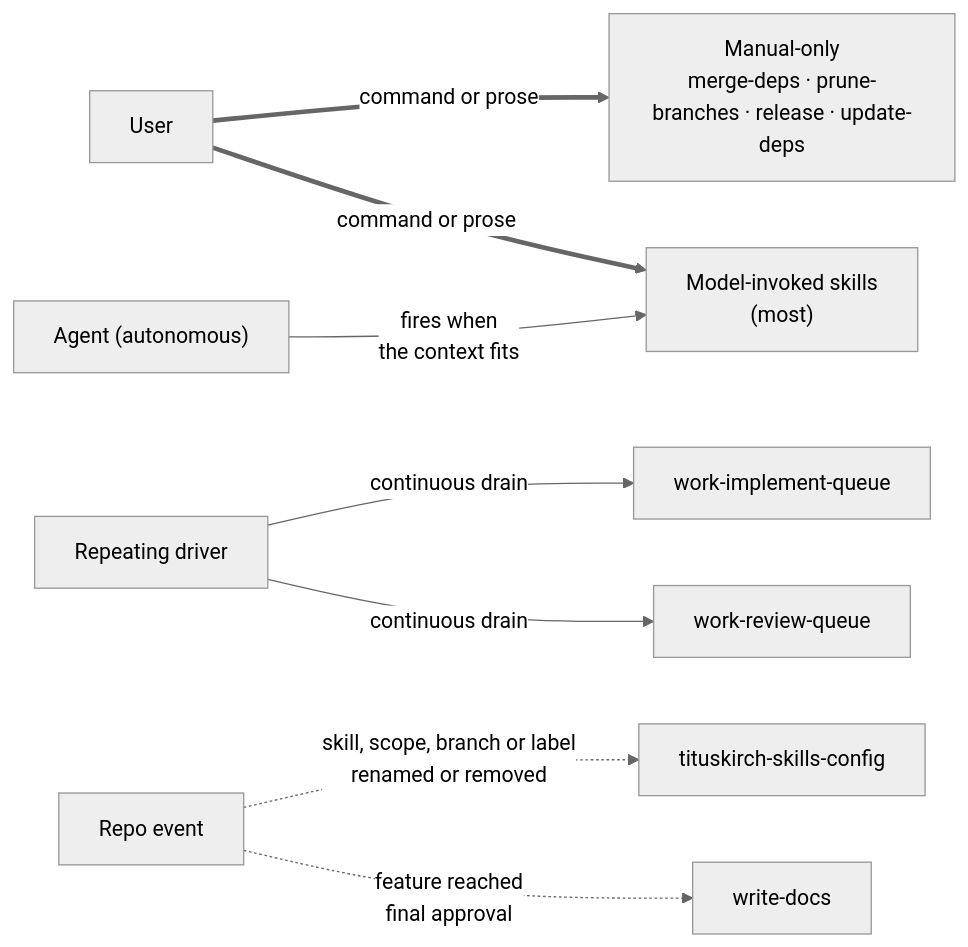
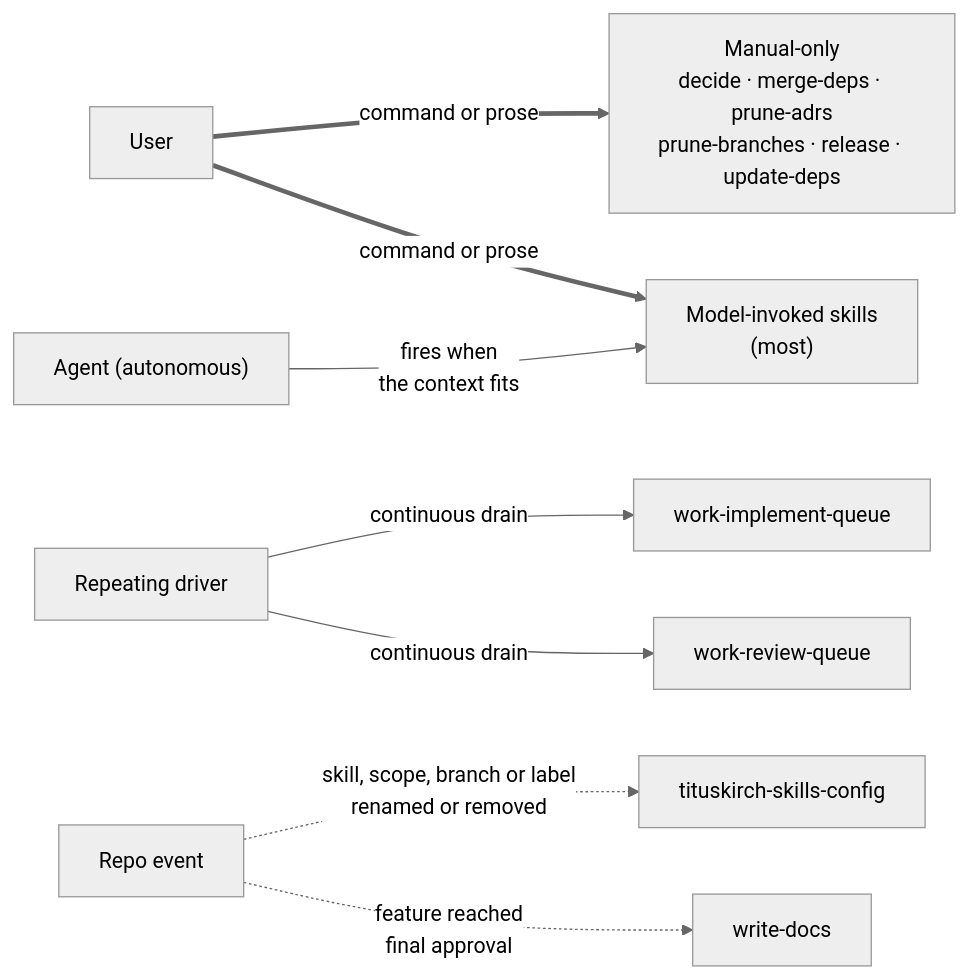
Before and after one commit to TitusKirch/skills: the first of 4 diagrams in docs/1.concepts/1.skill-interplay.md, drawn with Mermaid (neutral theme). The commit also changed other lines of this file, not shown here.

````diff
--- a/docs/1.concepts/1.skill-interplay.md
+++ b/docs/1.concepts/1.skill-interplay.md
@@ -25,22 +25,22 @@
 ```mermaid
 flowchart LR
   U["User"]
   AG["Agent (autonomous)"]
   LOOP["Repeating driver"]
   EV["Repo event"]
 
-  MO["Manual-only<br/>merge-deps · prune-branches · release · update-deps"]
+  MO["Manual-only<br/>decide · merge-deps · prune-adrs<br/>prune-branches · release · update-deps"]
   MI["Model-invoked skills<br/>(most)"]
   WIQ["work-implement-queue"]
   WRQ["work-review-queue"]
   CFG["tituskirch-skills-config"]
   WD["write-docs"]
 
   U ==>|"command or prose"| MO
   U ==>|"command or prose"| MI
   AG -->|"fires when<br/>the context fits"| MI
   LOOP -->|"continuous drain"| WIQ
   LOOP -->|"continuous drain"| WRQ
   EV -.->|"skill, scope, branch or label<br/>renamed or removed"| CFG
   EV -.->|"feature reached<br/>final approval"| WD
 ```
````
